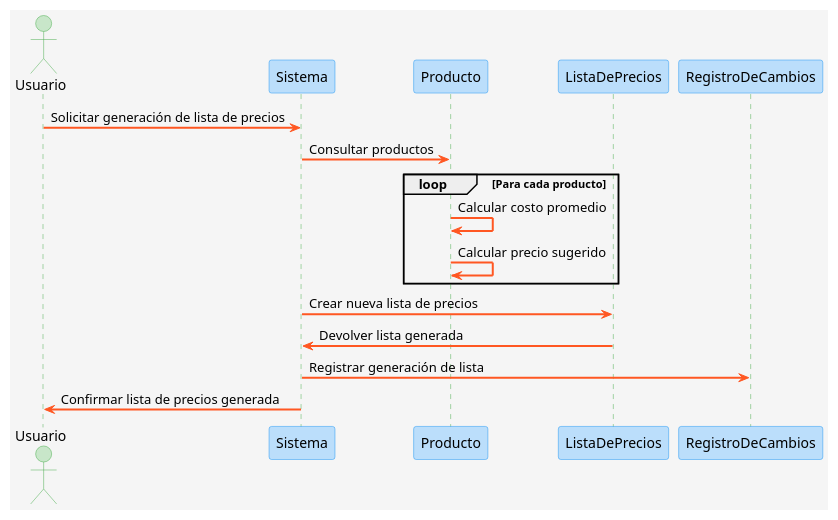
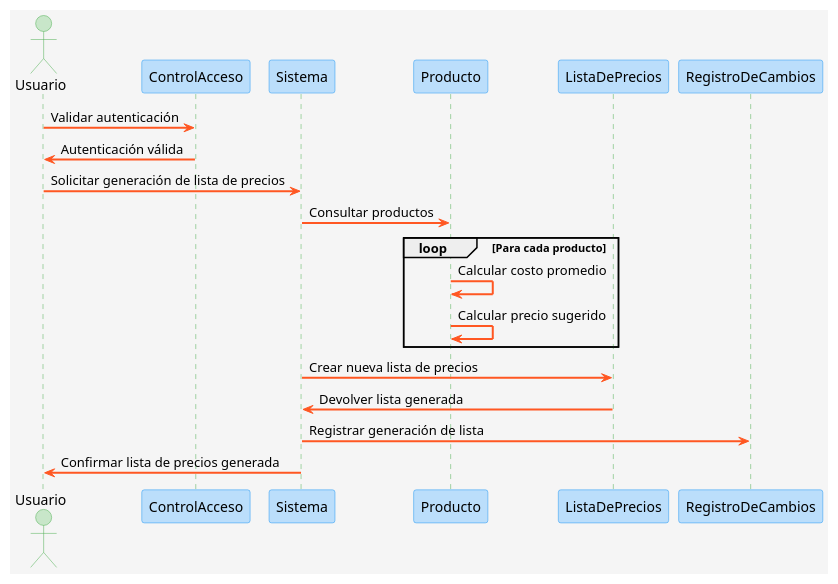
The diagram in sequencediagram.plantuml (stevedch/aptc105), drawn with PlantUML before and after one commit. The commit also changed 4 other files, not shown here.

First line of the commit message:
docs(diagrams): update and enhance system diagrams with validation and modularity

```diff
--- a/sequencediagram.plantuml
+++ b/sequencediagram.plantuml
@@ -1,30 +1,33 @@
 @startuml
 skinparam backgroundColor #F5F5F5
 skinparam sequence {
     ActorBorderColor #4CAF50
     ActorBackgroundColor #C8E6C9
     ParticipantBorderColor #2196F3
     ParticipantBackgroundColor #BBDEFB
     LifeLineBorderColor #4CAF50
     LifeLineBackgroundColor #C8E6C9
     ArrowColor #FF5722
     ArrowThickness 2
 }
 
 actor Usuario as Analista
+participant "ControlAcceso" as Control
 participant Sistema
 participant Producto
 participant ListaDePrecios
 participant RegistroDeCambios
 
+Analista -> Control: Validar autenticación
+Control -> Analista: Autenticación válida
 Analista -> Sistema: Solicitar generación de lista de precios
 Sistema -> Producto: Consultar productos
 loop Para cada producto
     Producto -> Producto: Calcular costo promedio
     Producto -> Producto: Calcular precio sugerido
 end
 Sistema -> ListaDePrecios: Crear nueva lista de precios
 ListaDePrecios -> Sistema: Devolver lista generada
 Sistema -> RegistroDeCambios: Registrar generación de lista
 Sistema -> Analista: Confirmar lista de precios generada
 @enduml
```
